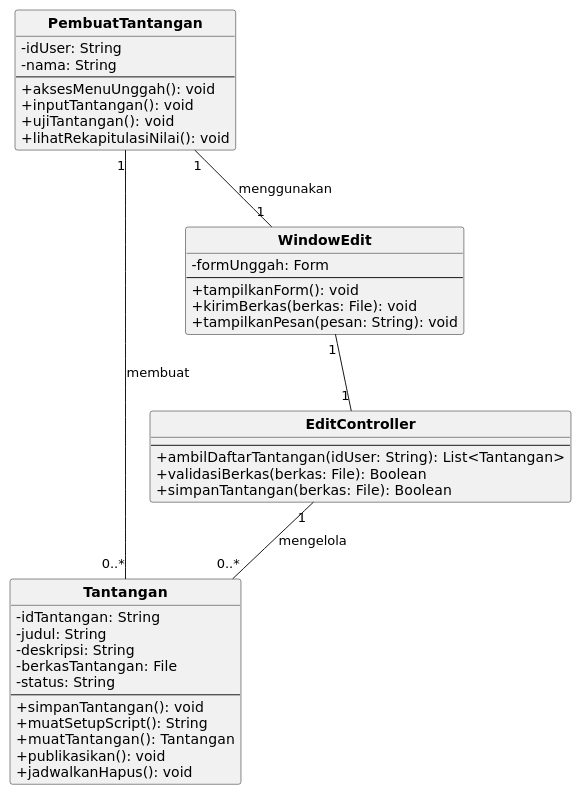
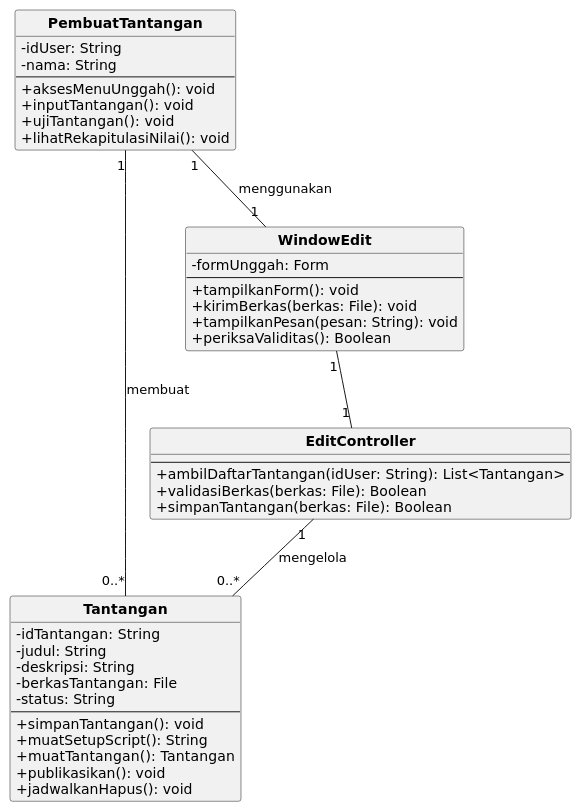
One commit to Semicomatose/IF2150-RPL-K03-G03 changed the diagram in docs/M7/assets/diagram/src/class_diagram_01.puml. Above: the diagram before and after it, drawn with PlantUML. The commit also changed 9 other files, not shown here.

First line of the commit message:
Update milestone 7 class diagrams

```diff
--- a/docs/M7/assets/diagram/src/class_diagram_01.puml
+++ b/docs/M7/assets/diagram/src/class_diagram_01.puml
@@ -1,48 +1,49 @@
 @startuml
 skinparam monochrome true
 skinparam shadowing false
 skinparam defaultFontName DejaVu Sans
 skinparam classAttributeIconSize 0
 skinparam classFontStyle bold
 hide circle
 
 class PembuatTantangan {
   - idUser: String
   - nama: String
   --
   + aksesMenuUnggah(): void
   + inputTantangan(): void
   + ujiTantangan(): void
   + lihatRekapitulasiNilai(): void
 }
 class Tantangan {
   - idTantangan: String
   - judul: String
   - deskripsi: String
   - berkasTantangan: File
   - status: String
   --
   + simpanTantangan(): void
   + muatSetupScript(): String
   + muatTantangan(): Tantangan
   + publikasikan(): void
   + jadwalkanHapus(): void
 }
 class WindowEdit {
   - formUnggah: Form
   --
   + tampilkanForm(): void
   + kirimBerkas(berkas: File): void
   + tampilkanPesan(pesan: String): void
+  + periksaValiditas(): Boolean
 }
 class EditController {
   --
   + ambilDaftarTantangan(idUser: String): List<Tantangan>
   + validasiBerkas(berkas: File): Boolean
   + simpanTantangan(berkas: File): Boolean
 }
 PembuatTantangan "1" -- "1" WindowEdit : menggunakan
 WindowEdit "1" -- "1" EditController
 EditController "1" -- "0..*" Tantangan : mengelola
 PembuatTantangan "1" -- "0..*" Tantangan : membuat
 @enduml
```
